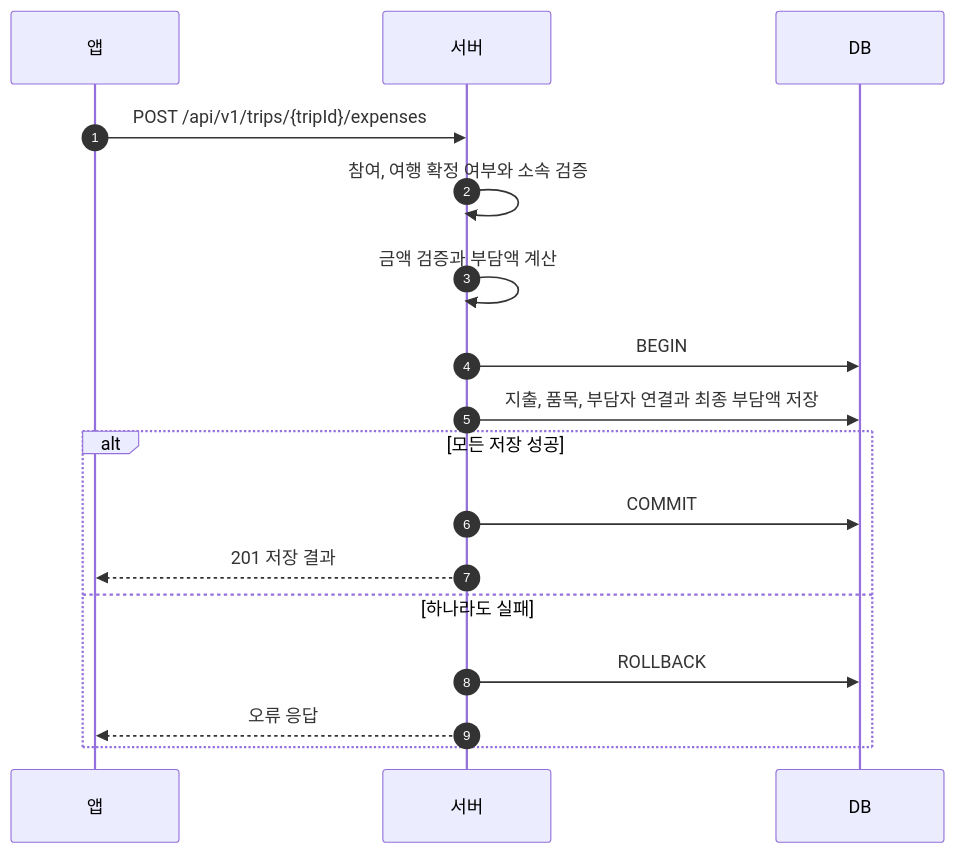
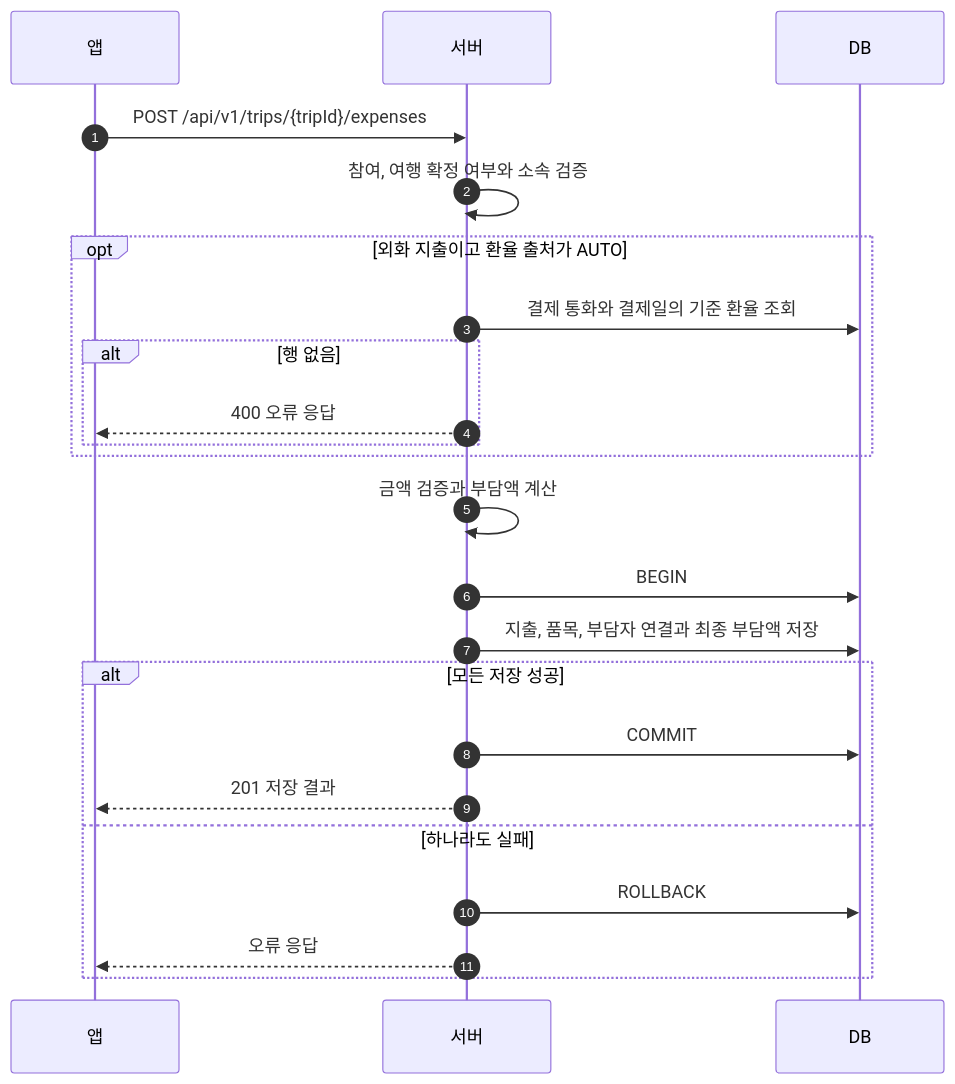
One commit to JECT-Study/Billit-5th-Docs changed the first of 5 diagrams in design/expense.md. Above: the diagram before and after it, drawn with Mermaid. The commit also changed other lines of this file and 1 other file, not shown here.

````diff
--- a/design/expense.md
+++ b/design/expense.md
@@ -63,20 +65,26 @@
 ```mermaid
 sequenceDiagram
     autonumber
     participant App as 앱
     participant Server as 서버
     participant DB as DB
 
     App->>Server: POST /api/v1/trips/{tripId}/expenses
     Server->>Server: 참여, 여행 확정 여부와 소속 검증
+    opt 외화 지출이고 환율 출처가 AUTO
+        Server->>DB: 결제 통화와 결제일의 기준 환율 조회
+        alt 행 없음
+            Server-->>App: 400 오류 응답
+        end
+    end
     Server->>Server: 금액 검증과 부담액 계산
     Server->>DB: BEGIN
     Server->>DB: 지출, 품목, 부담자 연결과 최종 부담액 저장
     alt 모든 저장 성공
         Server->>DB: COMMIT
         Server-->>App: 201 저장 결과
     else 하나라도 실패
         Server->>DB: ROLLBACK
         Server-->>App: 오류 응답
     end
 ```
````
